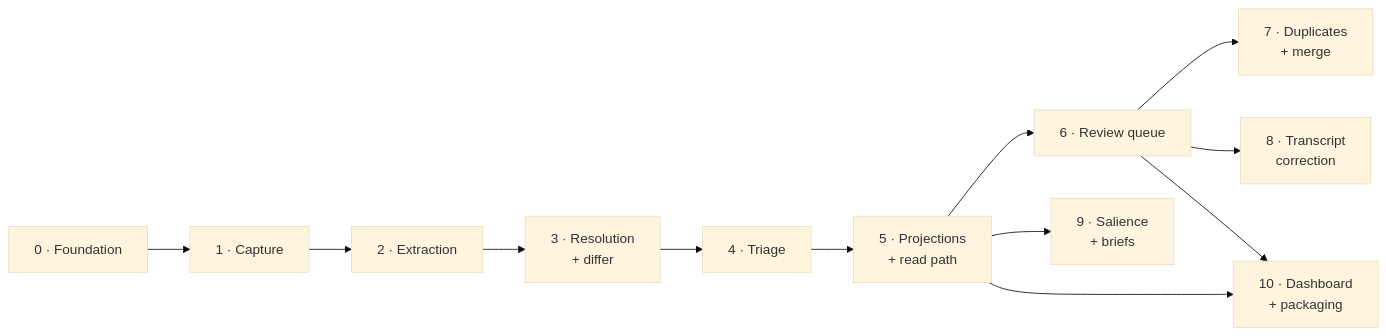
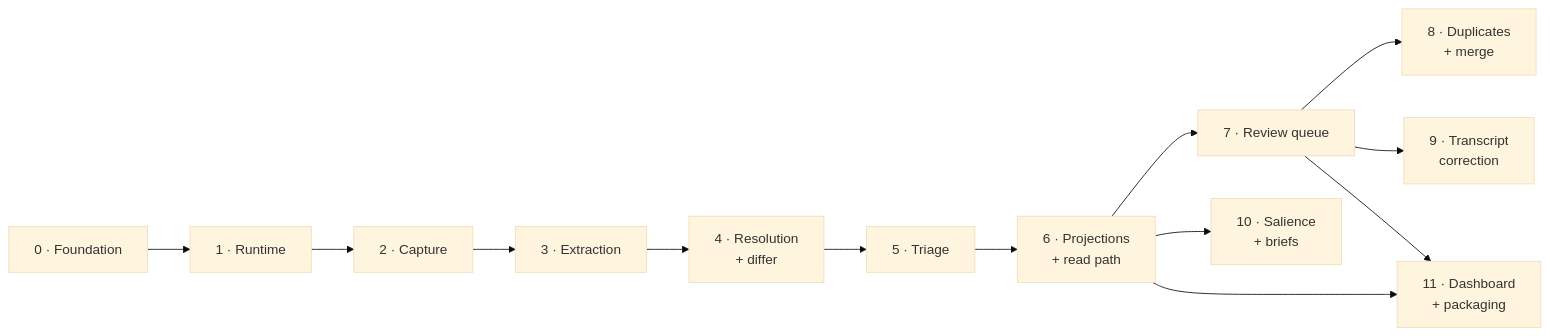
Before and after one commit to carlelieser/otto: the diagram in docs/slices/README.md, drawn with Mermaid (base theme). The commit also changed other lines of this file and 15 other files, not shown here.

First line of the commit message:
docs: split the runtime out of capture and specify the id derivations

````diff
--- a/docs/slices/README.md
+++ b/docs/slices/README.md
@@ -35,10 +36,10 @@
 ```mermaid
 flowchart LR
-    S0["0 · Foundation"] --> S1["1 · Capture"] --> S2["2 · Extraction"] --> S3["3 · Resolution<br/>+ differ"] --> S4["4 · Triage"] --> S5["5 · Projections<br/>+ read path"]
-    S5 --> S6["6 · Review queue"]
-    S5 --> S9["9 · Salience<br/>+ briefs"]
-    S6 --> S7["7 · Duplicates<br/>+ merge"]
-    S6 --> S8["8 · Transcript<br/>correction"]
-    S5 --> S10["10 · Dashboard<br/>+ packaging"]
-    S6 --> S10
+    S0["0 · Foundation"] --> S1["1 · Runtime"] --> S2["2 · Capture"] --> S3["3 · Extraction"] --> S4["4 · Resolution<br/>+ differ"] --> S5["5 · Triage"] --> S6["6 · Projections<br/>+ read path"]
+    S6 --> S7["7 · Review queue"]
+    S6 --> S10["10 · Salience<br/>+ briefs"]
+    S7 --> S8["8 · Duplicates<br/>+ merge"]
+    S7 --> S9["9 · Transcript<br/>correction"]
+    S6 --> S11["11 · Dashboard<br/>+ packaging"]
+    S7 --> S11
 ```
````
